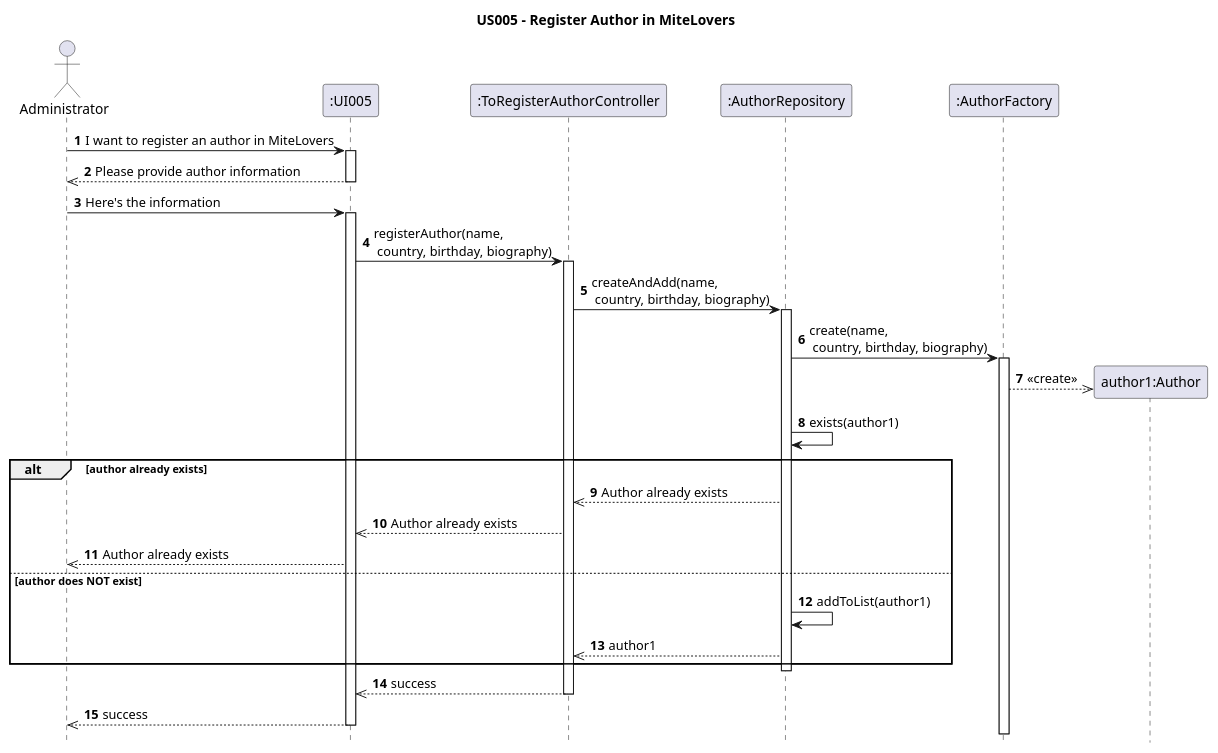
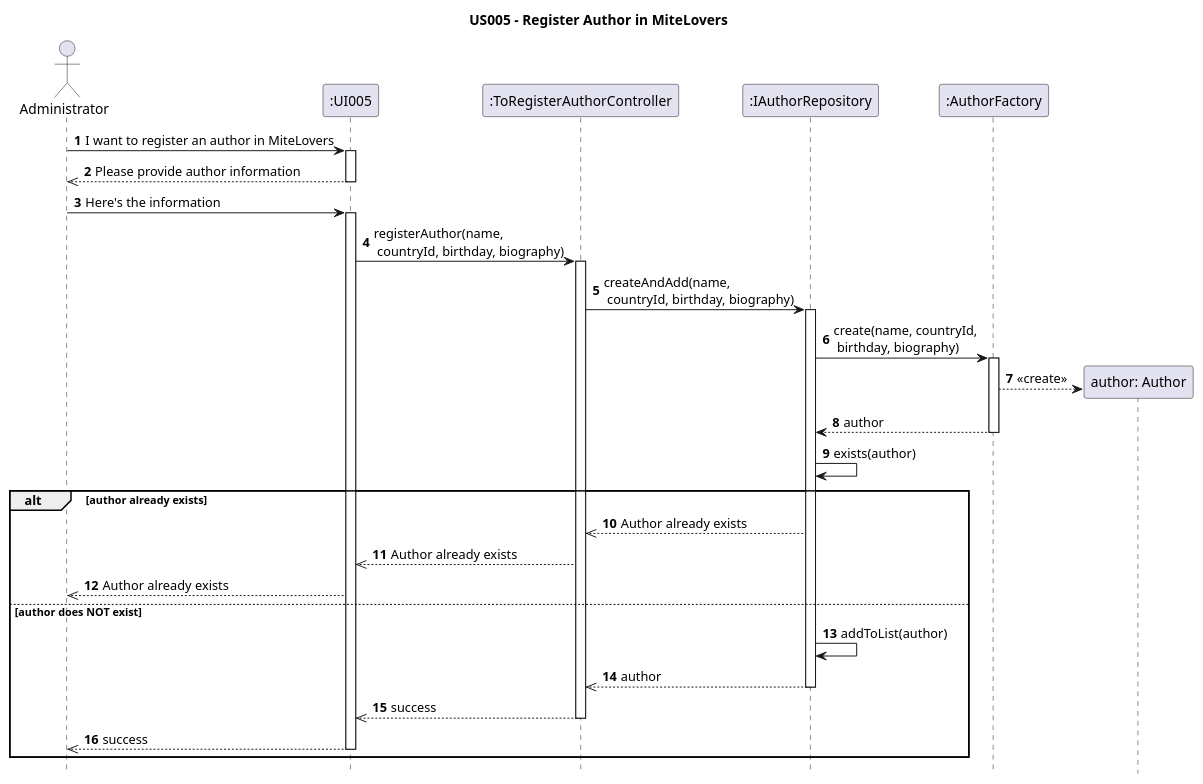
The diagram in Diagrams/SequenceDiagrams/N2/US005-to-register-an-author-in-MIteLovers.puml (AndrePereiraGitH/SWitCH-Project-Team_A), drawn with PlantUML before and after one commit. The commit also changed 2 other files, not shown here.

```diff
--- a/Diagrams/SequenceDiagrams/N2/US005-to-register-an-author-in-MIteLovers.puml
+++ b/Diagrams/SequenceDiagrams/N2/US005-to-register-an-author-in-MIteLovers.puml
@@ -1,58 +1,51 @@
 @startuml
 hide footbox
 title US005 - Register Author in MiteLovers
 
 actor Administrator
 participant ":UI005" as UI
+participant ":ToRegisterAuthorController" as C
+participant ":IAuthorRepository" as R
+participant ":AuthorFactory" as F
 
 autoNumber
 
-
-participant ":ToRegisterAuthorController" as C
-
-
-
-participant ":AuthorRepository" as R
-
-Administrator -> UI :  I want to register an author in MiteLovers
+    Administrator -> UI : I want to register an author in MiteLovers
 activate UI
 
-UI -->> Administrator :  Please provide author information
-deactivate
+    UI -->> Administrator : Please provide author information
+deactivate UI
 
-Administrator -> UI :  Here's the information
+    Administrator -> UI : Here's the information
 activate UI
-UI -> C : registerAuthor(name, \n country, birthday, biography)
+
+    UI -> C : registerAuthor(name, \n countryId, birthday, biography)
 activate C
 
-C -> R :  createAndAdd(name, \n country, birthday, biography)
+    C -> R : createAndAdd(name, \n countryId, birthday, biography)
 activate R
+   R -> F : create(name, countryId,\n birthday, biography)
+activate F
+create "author: Author" as A
+    F --> A :  «create»
+    F --> R : author
+deactivate F
 
-participant ":AuthorFactory" as F
-R -> F :  create(name, \n country, birthday, biography)
-activate F
+    R -> R : exists(author)
+alt author already exists
+    R -->>C : Author already exists
+    C -->> UI : Author already exists
 
-create participant "author1:Author" as A
- F-->> A  : «create»
-
-
-
- R -> R : exists(author1)
-
-
-alt author already exists
-  R -->> C : Author already exists
-  C -->> UI : Author already exists
-  UI -->> Administrator : Author already exists
+    UI -->> Administrator :  Author already exists
 else author does NOT exist
-  R -> R : addToList(author1)
-  R -->> C :  author1
-end
+    R -> R : addToList(author)
+    R -->> C :  author
 deactivate R
-C -->> UI :  success
+    C -->> UI :  success
 deactivate C
-
-UI -->> Administrator :  success
+    UI -->> Administrator :  success
 deactivate UI
 
+end
+
 @enduml
```
